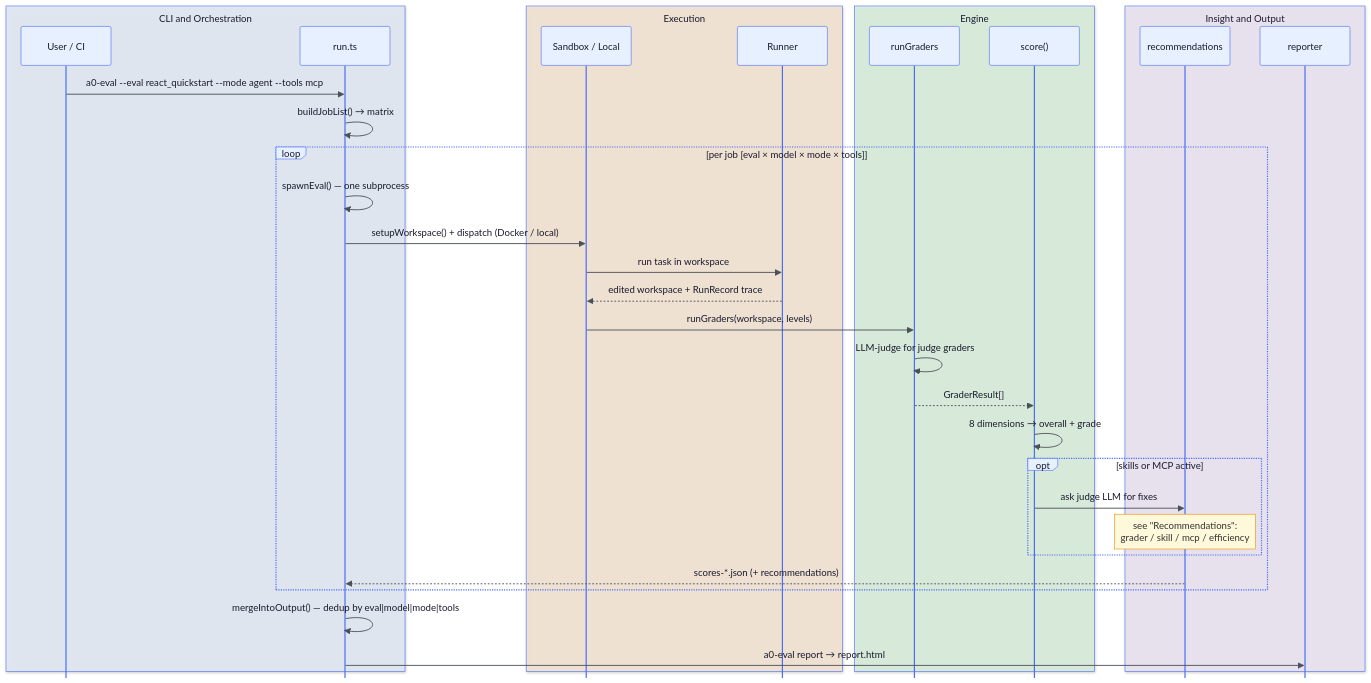
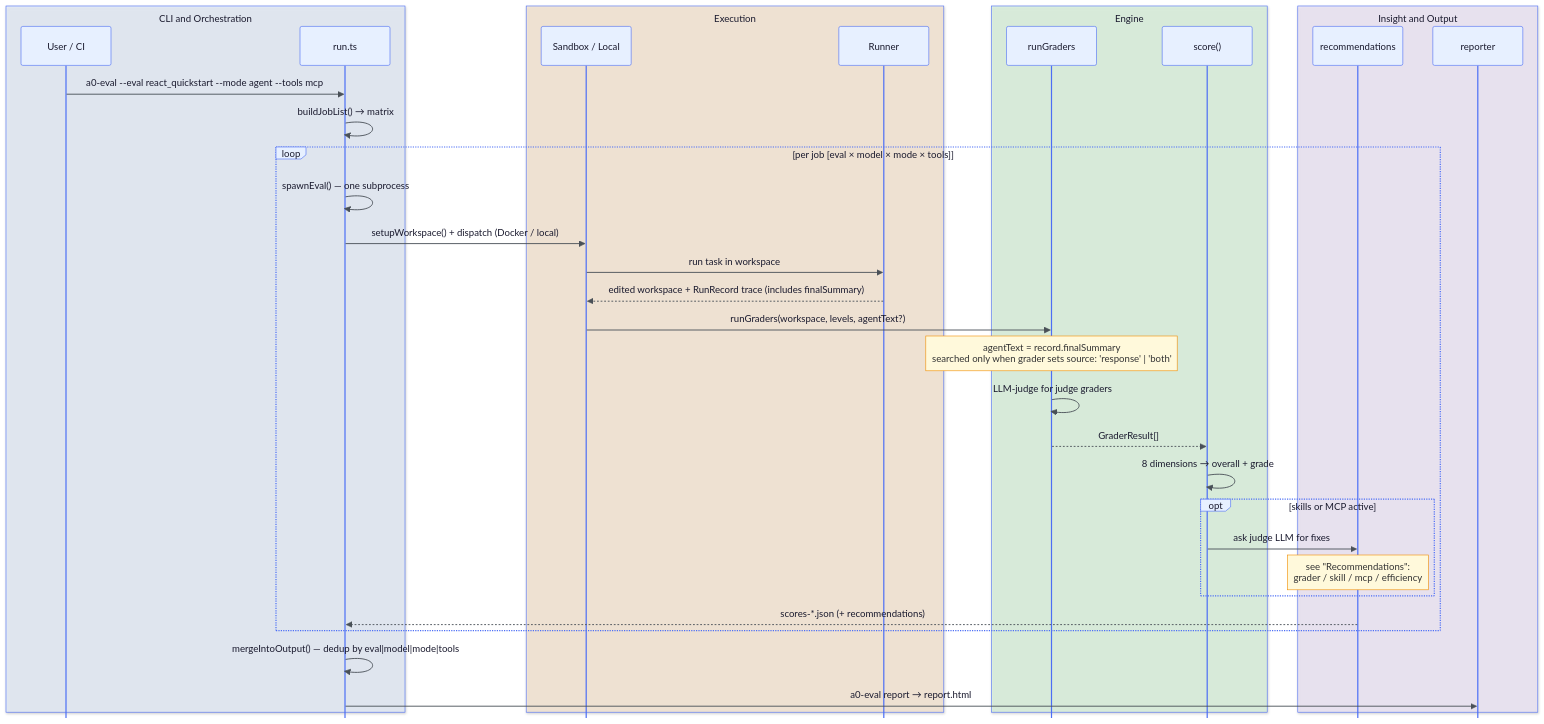
The second of 3 diagrams in docs/ARCHITECTURE.md (auth0/auth0-evals), drawn with Mermaid before and after one commit. The commit also changed other lines of this file, not shown here.

Commit message:
docs(architecture): document agentText flow and source opt-in in sequence diagrams
Update both sequence diagrams (main run path and AXIS path) to show:
- runGraders() receives agentText as an optional trailing param
- agentText is only searched when the grader sets source: 'response' | 'both'

Also update the @a0/evals-graders component description to describe the
source option on text-search graders.

````diff
--- a/docs/ARCHITECTURE.md
+++ b/docs/ARCHITECTURE.md
@@ -177,47 +177,48 @@
 ```mermaid
 %%{init: {'theme':'base', 'mirrorActors': false, 'themeVariables': {
   'primaryColor':'#E7F0FF','primaryBorderColor':'#4C6EF5','primaryTextColor':'#1A1A2E',
   'actorBkg':'#E7F0FF','actorBorder':'#4C6EF5','actorTextColor':'#1A1A2E',
   'signalColor':'#495057','signalTextColor':'#1A1A2E','noteBkgColor':'#FFF9DB','noteBorderColor':'#F08C00',
   'fontFamily':'ui-sans-serif, system-ui, sans-serif'
 }}}%%
 sequenceDiagram
     box rgba(231,240,255,0.6) CLI and Orchestration
         participant U as User / CI
         participant CLI as run.ts
     end
     box rgba(255,232,204,0.55) Execution
         participant Exec as Sandbox / Local
         participant Agent as Runner
     end
     box rgba(211,249,216,0.5) Engine
         participant Grade as runGraders
         participant Score as score()
     end
     box rgba(243,232,255,0.55) Insight and Output
         participant Recs as recommendations
         participant Rep as reporter
     end
 
     U->>CLI: a0-eval --eval react_quickstart --mode agent --tools mcp
     CLI->>CLI: buildJobList() → matrix
 
     loop per job [eval × model × mode × tools]
         CLI->>CLI: spawnEval() — one subprocess
         CLI->>Exec: setupWorkspace() + dispatch (Docker / local)
         Exec->>Agent: run task in workspace
-        Agent-->>Exec: edited workspace + RunRecord trace
-        Exec->>Grade: runGraders(workspace, levels)
+        Agent-->>Exec: edited workspace + RunRecord trace (includes finalSummary)
+        Exec->>Grade: runGraders(workspace, levels, agentText?)
+        Note over Grade: agentText = record.finalSummary<br/>searched only when grader sets source: 'response' | 'both'
         Grade->>Grade: LLM-judge for judge graders
         Grade-->>Score: GraderResult[]
         Score->>Score: 8 dimensions → overall + grade
         opt skills or MCP active
             Score->>Recs: ask judge LLM for fixes
             Note over Recs: see "Recommendations":<br/>grader / skill / mcp / efficiency
         end
         Recs-->>CLI: scores-*.json (+ recommendations)
     end
 
     CLI->>CLI: mergeIntoOutput() — dedup by eval|model|mode|tools
     CLI->>Rep: a0-eval report → report.html
 ```
````
